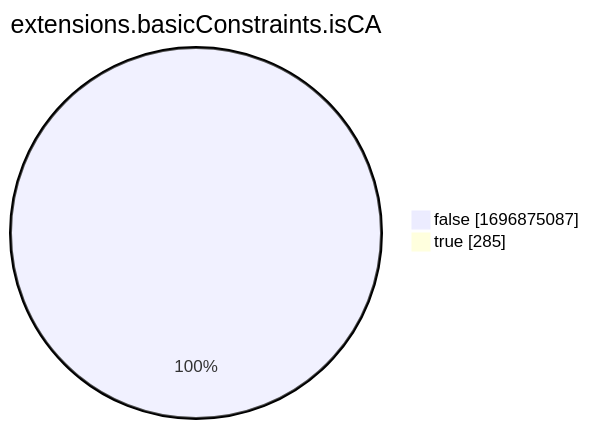
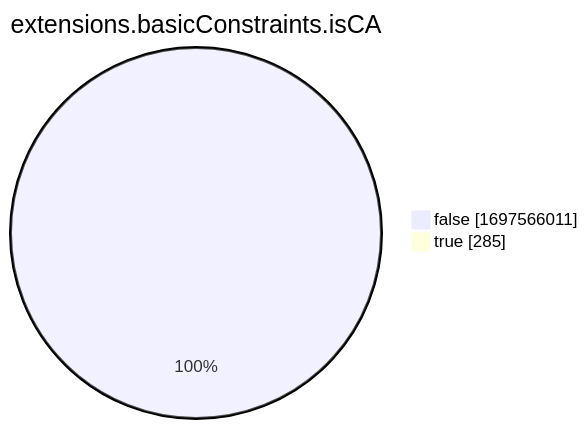
One commit to christiankrug/ctmonitor_visualization changed the eighth of 15 diagrams in xenon2022/README.md. Above: the diagram before and after it, drawn with Mermaid. The commit also changed other lines of this file, not shown here.

````diff
--- a/xenon2022/README.md
+++ b/xenon2022/README.md
@@ -2865,6 +2865,6 @@
 ```mermaid
 pie showData
 title extensions.basicConstraints.isCA
-"false" :1696875087
+"false" :1697566011
 "true" :285
 ```
````
